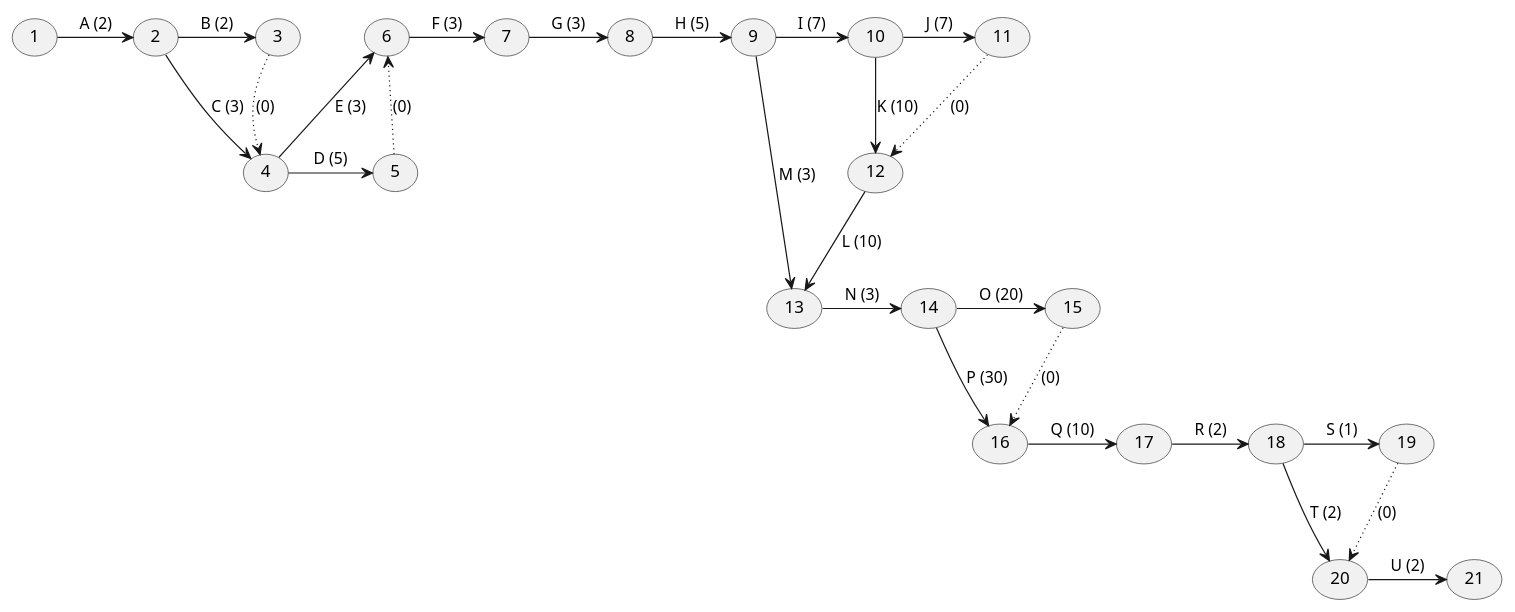
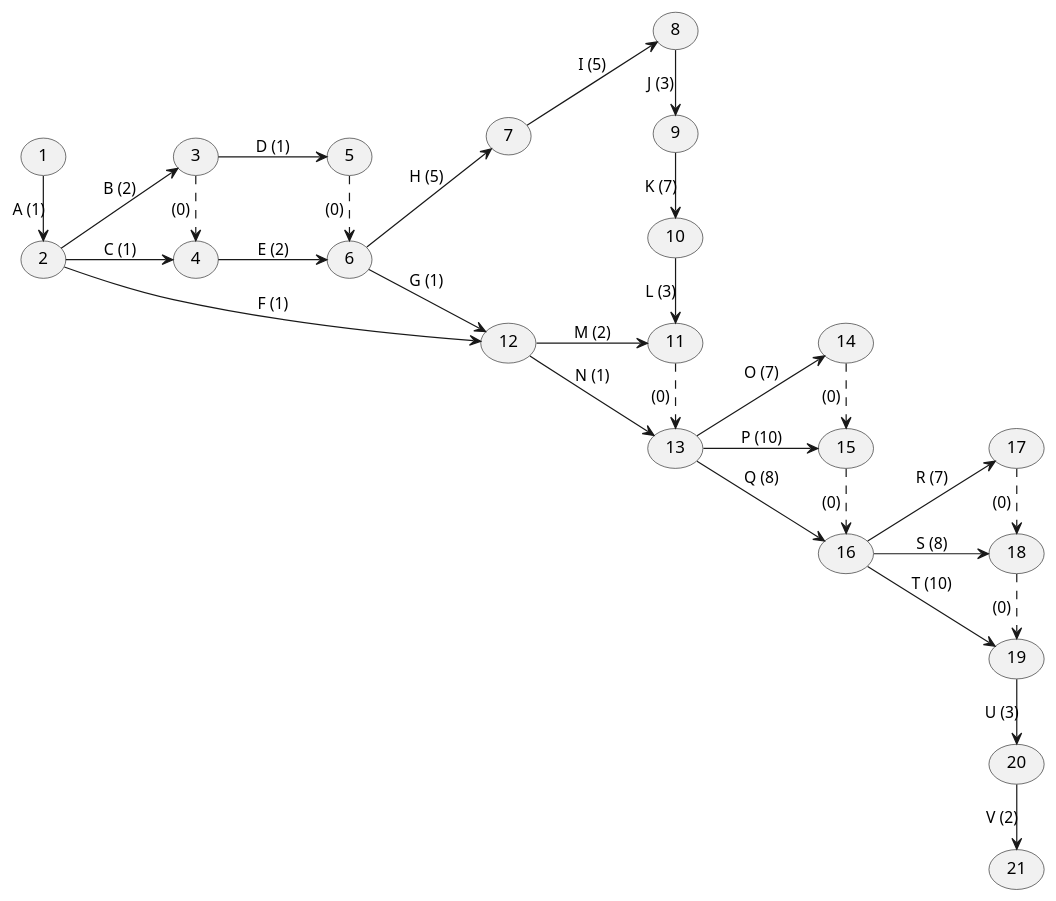
The diagram in PERTDiagrams/aoa.puml (The-Cookies-Team/UML-Diagrams), drawn with PlantUML before and after one commit. The commit also changed 2 other files, not shown here.

```diff
--- a/PERTDiagrams/aoa.puml
+++ b/PERTDiagrams/aoa.puml
@@ -1,30 +1,35 @@
 @startuml AOA
 
-(1) -> (2): A (2)
-(2) -> (3): B (2)
-(2) -down-> (4): C (3)
-(3) -[dotted]-> (4): (0)
-(4) -> (5): D (5)
-(4) -up-> (6): E (3)
-(5) -[dotted]-> (6): (0)
-(6) -> (7): F (3)
-(7) -> (8): G (3)
-(8) -> (9): H (5)
-(9) -> (10): I (7)
-(10) -> (11): J (7)
-(10) -down-> (12): K (10)
-(11) -[dotted]-> (12): (0)
-(12) -down-> (13): L (10)
-(9) -down-> (13): M (3)
-(13) -> (14): N (3)
-(14) -> (15): O (20)
-(14) -down-> (16): P (30)
-(15) -[dotted]-> (16): (0)
-(16) -> (17): Q (10)
-(17) -> (18): R (2)
-(18) -> (19): S (1)
-(18) -down-> (20): T (2)
-(19) -[dotted]-> (20): (0)
-(20) -> (21): U (2)
+left to right direction
+
+(1) -> (2): A (1)
+(2) --> (3): B (2)
+(2) --> (4): C (1)
+(3) --> (5): D (1)
+(3) .> (4): (0)
+(4) --> (6): E (2)
+(5) .> (6): (0)
+(2) --> (12): F (1)
+(6) --> (12): G (1)
+(6) --> (7): H (5)
+(7) --> (8): I (5)
+(8) -> (9): J (3)
+(9) -> (10): K (7)
+(10) -> (11): L (3)
+(12) --> (11): M (2)
+(12) -> (13): N (1)
+(11) .> (13): (0)
+(13) --> (14): O (7)
+(13) --> (15): P (10)
+(13) --> (16): Q (8)
+(14) .> (15): (0)
+(15) .> (16): (0)
+(16) --> (17): R (7)
+(16) --> (18): S (8)
+(16) --> (19): T (10)
+(17) .> (18): (0)
+(18) .> (19): (0)
+(19) -> (20): U (3)
+(20) -> (21): V (2)
 
 @enduml
```
